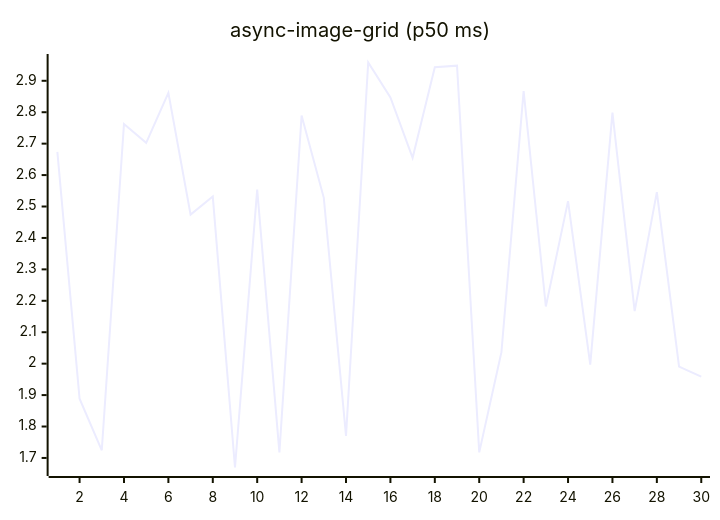
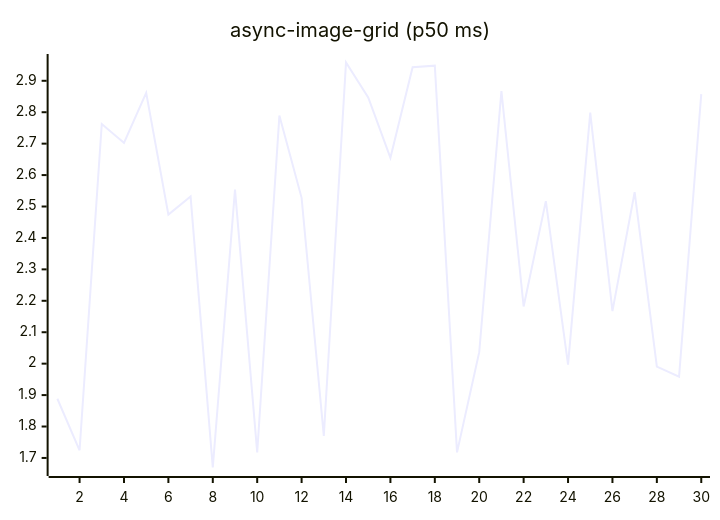
The fifth of 27 diagrams in README.md (josha/Facet), drawn with Mermaid before and after one commit. The commit also changed other lines of this file and 2 other files, not shown here.

````diff
--- a/README.md
+++ b/README.md
@@ -91,6 +91,6 @@
 ```mermaid
 xychart-beta
     title "async-image-grid (p50 ms)"
     x-axis 1 --> 30
-    line [2.6737, 1.8884, 1.7244, 2.7624, 2.7026, 2.8617, 2.4742, 2.5316, 1.6696, 2.5539, 1.7175, 2.7892, 2.5277, 1.7701, 2.9582, 2.8471, 2.6552, 2.9433, 2.9481, 1.7177, 2.0365, 2.8674, 2.1819, 2.5171, 1.9970, 2.7988, 2.1671, 2.5459, 1.9906, 1.9586]
+    line [1.8884, 1.7244, 2.7624, 2.7026, 2.8617, 2.4742, 2.5316, 1.6696, 2.5539, 1.7175, 2.7892, 2.5277, 1.7701, 2.9582, 2.8471, 2.6552, 2.9433, 2.9481, 1.7177, 2.0365, 2.8674, 2.1819, 2.5171, 1.9970, 2.7988, 2.1671, 2.5459, 1.9906, 1.9586, 2.8577]
 ```
````
